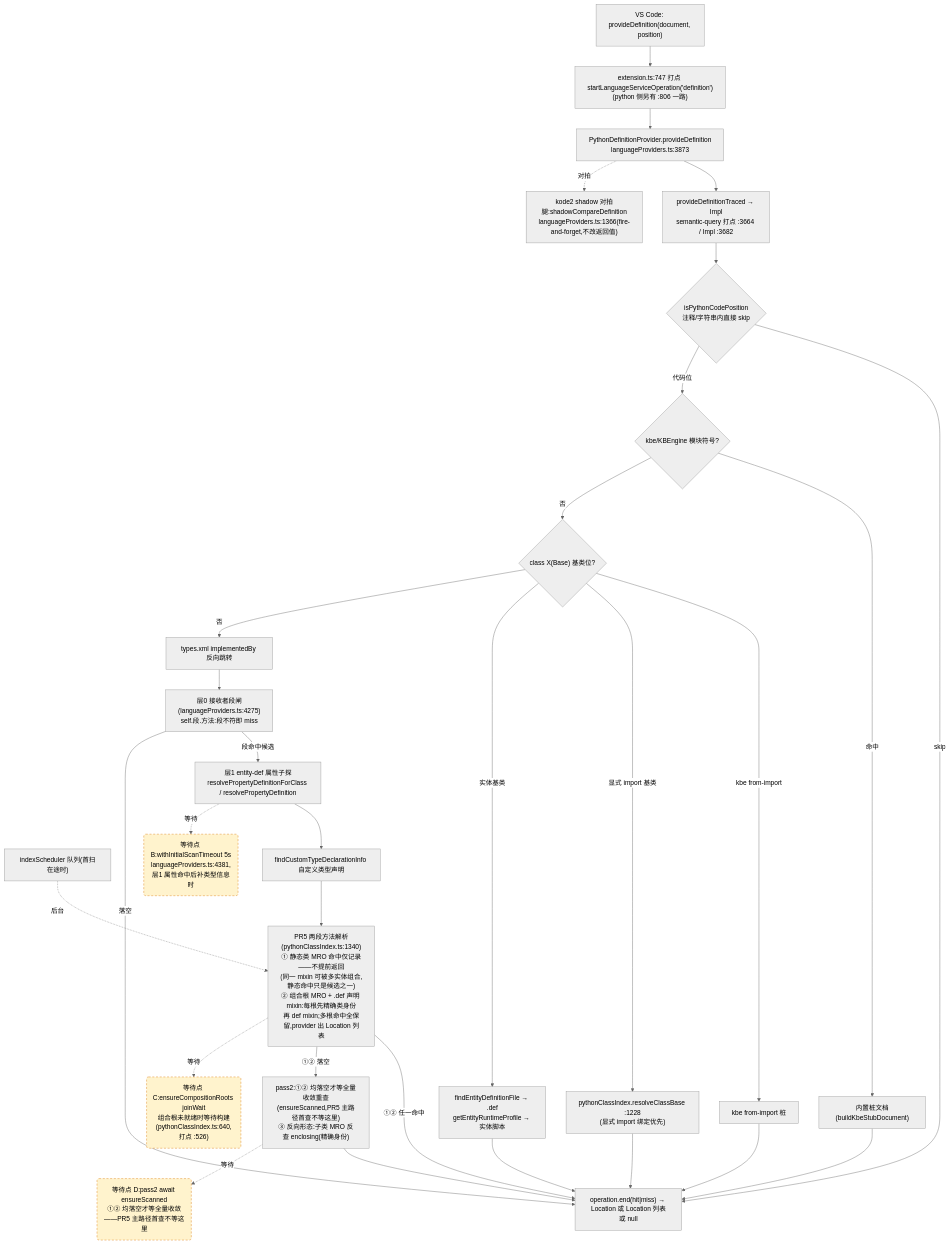
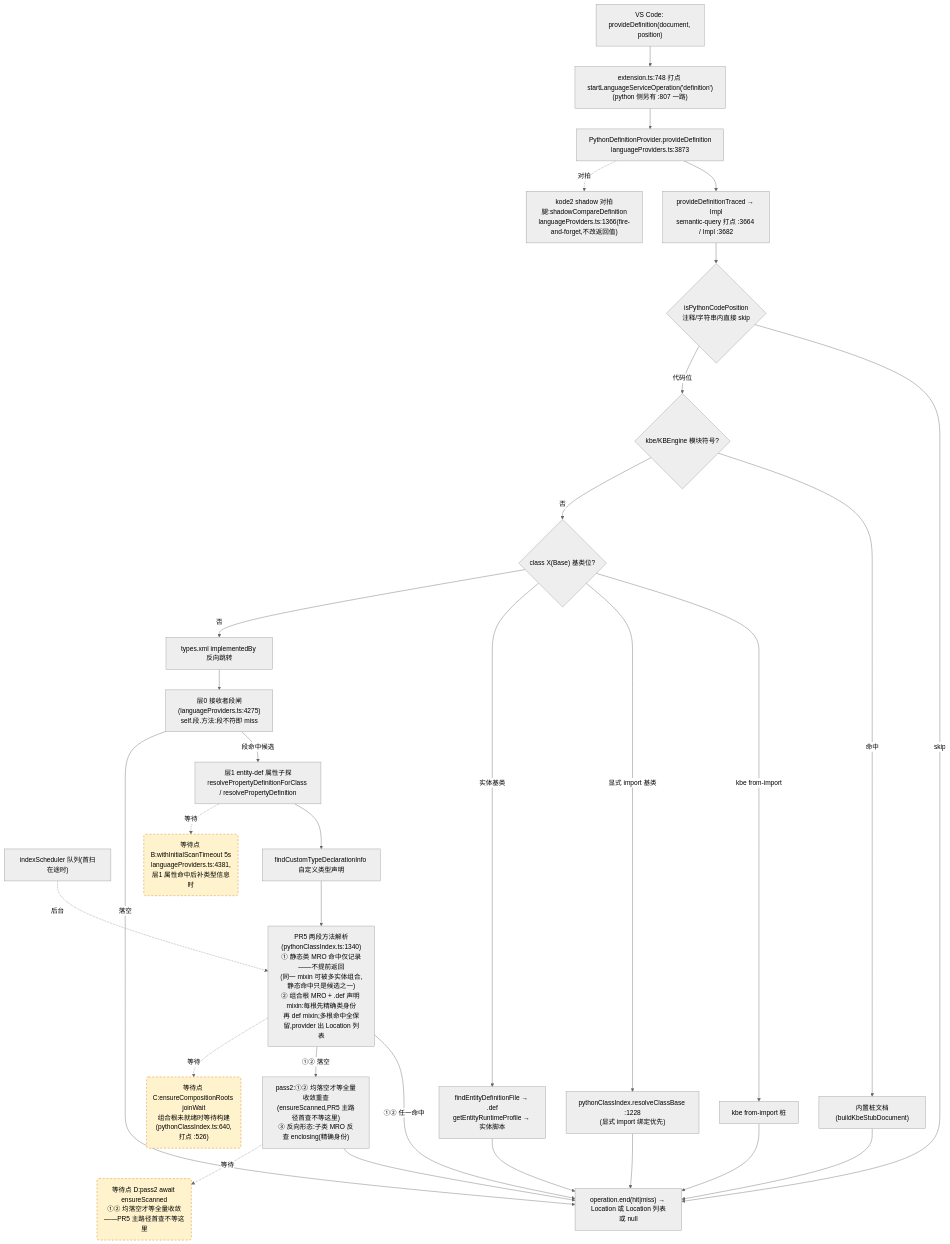
One commit to cuihairu/kode changed the second of 4 diagrams in docs/perf/2026-baseline.md. Above: the diagram before and after it, drawn with Mermaid (neutral theme). The commit also changed other lines of this file and 7 other files, not shown here.

````diff
--- a/docs/perf/2026-baseline.md
+++ b/docs/perf/2026-baseline.md
@@ -130,51 +130,51 @@
 ```mermaid
 flowchart TD
   VC2["VS Code: provideDefinition(document, position)"]
-  M2["extension.ts:747 打点 startLanguageServiceOperation('definition')<br/>(python 侧另有 :806 一路)"]
+  M2["extension.ts:748 打点 startLanguageServiceOperation('definition')<br/>(python 侧另有 :807 一路)"]
   AD2["PythonDefinitionProvider.provideDefinition<br/>languageProviders.ts:3873"]
   TR["provideDefinitionTraced → Impl<br/>semantic-query 打点 :3664 / Impl :3682"]
   CTX{"isPythonCodePosition<br/>注释/字符串内直接 skip"}
   KBE{"kbe/KBEngine 模块符号?"}
   STUB["内置桩文档(buildKbeStubDocument)"]
   CB{"class X(Base) 基类位?"}
   CB1["kbe from-import 桩"]
   CB2["pythonClassIndex.resolveClassBase :1228<br/>(显式 import 绑定优先)"]
   CB3["findEntityDefinitionFile → .def<br/>getEntityRuntimeProfile → 实体脚本"]
   REV["types.xml implementedBy 反向跳转"]
   L0["层0 接收者段闸(languageProviders.ts:4275)<br/>self.段.方法:段不符即 miss"]
   L1["层1 entity-def 属性子探<br/>resolvePropertyDefinitionForClass / resolvePropertyDefinition"]
   SCAN["indexScheduler 队列(首扫在途时)"]
   TY["findCustomTypeDeclarationInfo 自定义类型声明"]
   MRO["PR5 两段方法解析(pythonClassIndex.ts:1340)<br/>① 静态类 MRO 命中仅记录——不提前返回<br/>(同一 mixin 可被多实体组合,静态命中只是候选之一)<br/>② 组合根 MRO + .def 声明 mixin:每根先精确类身份<br/>再 def mixin;多根命中全保留,provider 出 Location 列表"]
   PASS2["pass2:①② 均落空才等全量收敛重查<br/>(ensureScanned,PR5 主路径首查不等这里)<br/>③ 反向形态:子类 MRO 反查 enclosing(精确身份)"]
   SHD["kode2 shadow 对拍腿:shadowCompareDefinition<br/>languageProviders.ts:1366(fire-and-forget,不改返回值)"]
   END2["operation.end(hit|miss) → Location 或 Location 列表或 null"]
 
   VC2 --> M2 --> AD2 --> TR --> CTX
   CTX -- "skip" --> END2
   CTX -- "代码位" --> KBE
   KBE -- "命中" --> STUB --> END2
   KBE -- "否" --> CB
   CB -- "kbe from-import" --> CB1 --> END2
   CB -- "显式 import 基类" --> CB2 --> END2
   CB -- "实体基类" --> CB3 --> END2
   CB -- "否" --> REV --> L0
   L0 -- "段命中候选" --> L1
   L0 -- "落空" --> END2
   L1 --> TY
   TY --> MRO
   MRO -- "①② 任一命中" --> END2
   MRO -- "①② 落空" --> PASS2 --> END2
   AD2 -.->|对拍| SHD
 
   WAITB("等待点 B:withInitialScanTimeout 5s<br/>languageProviders.ts:4381,层1 属性命中后补类型信息时")
   WAITC("等待点 C:ensureCompositionRoots joinWait<br/>组合根未就绪时等待构建(pythonClassIndex.ts:640,打点 :526)")
   WAITD("等待点 D:pass2 await ensureScanned<br/>①② 均落空才等全量收敛——PR5 主路径首查不等这里")
   L1 -.->|等待| WAITB
   MRO -.->|等待| WAITC
   PASS2 -.->|等待| WAITD
   SCAN -.->|后台| MRO
 
   classDef waitPoint fill:#fff3cd,stroke:#d97706,stroke-dasharray:5 4;
   class WAITB,WAITC,WAITD waitPoint;
 ```
````
